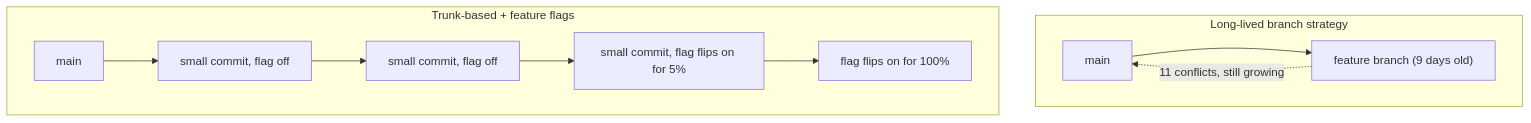
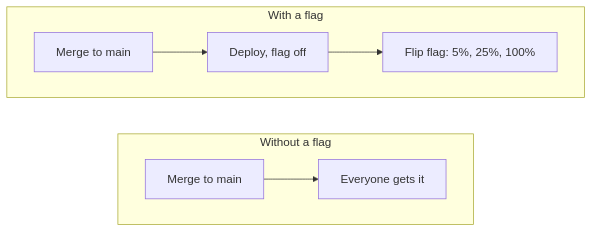
The diagram in src/content/git-teamwork/feature-flags/L1-summary.mdx (francoandreDev/knowledge), drawn with Mermaid before and after one commit. The commit also changed other lines of this file and 3 other files, not shown here.

Commit message:
Migrate git-teamwork/feature-flags to the three-tier exercise model

````diff
--- a/src/content/git-teamwork/feature-flags/L1-summary.mdx
+++ b/src/content/git-teamwork/feature-flags/L1-summary.mdx
@@ -80,13 +69,12 @@
 ```mermaid
-flowchart TB
-    subgraph LB["Long-lived branch strategy"]
-        A1["main"] --> B1["feature branch (9 days old)"]
-        B1 -. "11 conflicts, still growing" .-> A1
+flowchart LR
+    subgraph Before["Without a flag"]
+        direction LR
+        M1["Merge to main"] --> R1["Everyone gets it"]
     end
-    subgraph TB2["Trunk-based + feature flags"]
-        A2["main"] --> C1["small commit, flag off"]
-        C1 --> C2["small commit, flag off"]
-        C2 --> C3["small commit, flag flips on for 5%"]
-        C3 --> C4["flag flips on for 100%"]
+    subgraph After["With a flag"]
+        direction LR
+        M2["Merge to main"] --> D2["Deploy, flag off"]
+        D2 --> R2["Flip flag: 5%, 25%, 100%"]
     end
 ```
````
